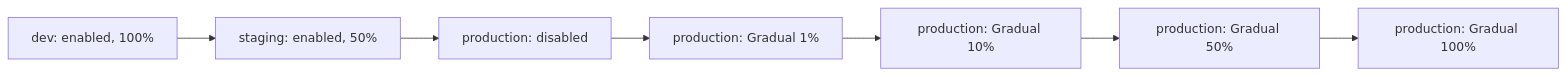
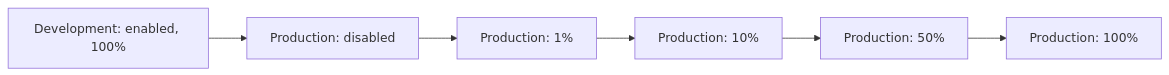
The second of 2 diagrams in docs/en/concepts/environments.md (edgar-dev20/mozhno), drawn with Mermaid before and after one commit. The commit also changed other lines of this file and 33 other files, not shown here.

Commit message:
docs: rewrite getting-started, fix env model, mermaid latin labels, table header brand styling, SDK+arch corrections

````diff
--- a/docs/en/concepts/environments.md
+++ b/docs/en/concepts/environments.md
@@ -99,9 +94,8 @@
 ```mermaid
 graph LR
-    DEV[dev: enabled, 100%] --> STG[staging: enabled, 50%]
-    STG --> PRD1[production: disabled]
-    PRD1 --> PRD2[production: Gradual 1%]
-    PRD2 --> PRD3[production: Gradual 10%]
-    PRD3 --> PRD4[production: Gradual 50%]
-    PRD4 --> PRD5[production: Gradual 100%]
+    DEV[Development: enabled, 100%] --> PRD1[Production: disabled]
+    PRD1 --> PRD2[Production: 1%]
+    PRD2 --> PRD3[Production: 10%]
+    PRD3 --> PRD4[Production: 50%]
+    PRD4 --> PRD5[Production: 100%]
 ```
````
